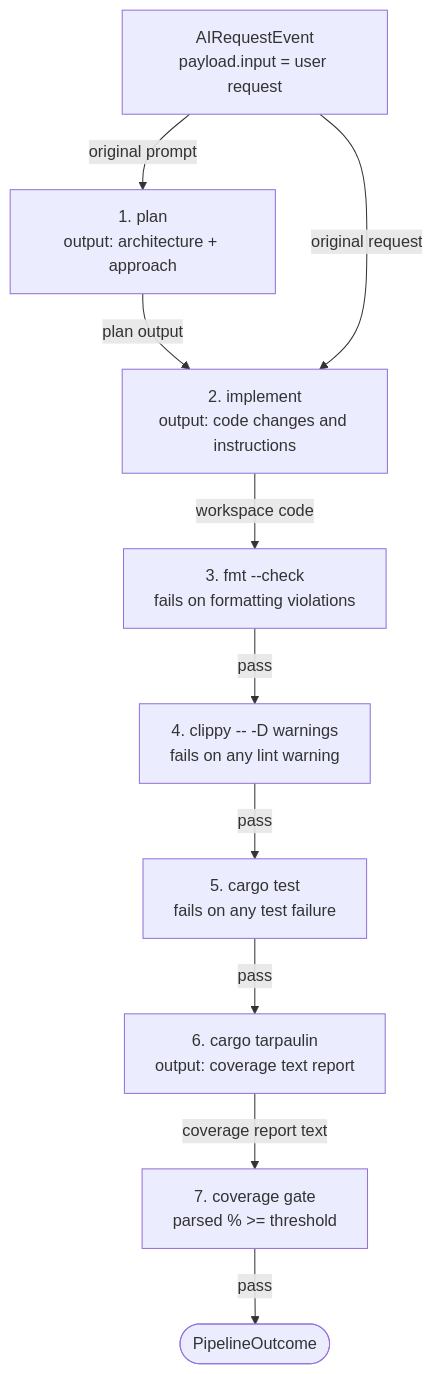
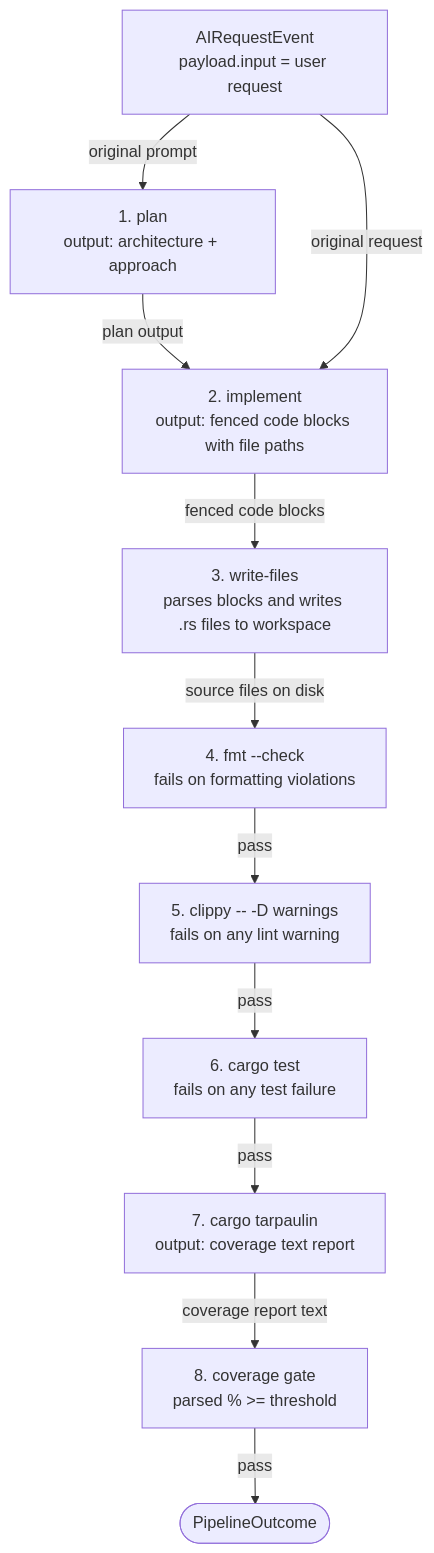
The second of 2 diagrams in docs/rust-pipeline.md (vansweej/ai-coding), drawn with Mermaid before and after one commit. The commit also changed other lines of this file and 11 other files, not shown here.

````diff
--- a/docs/rust-pipeline.md
+++ b/docs/rust-pipeline.md
@@ -46,28 +48,31 @@
 ```mermaid
 flowchart TD
     Event["AIRequestEvent\npayload.input = user request"]
 
     Event -->|"original prompt"| Plan
     Plan["1. plan\noutput: architecture + approach"]
 
     Plan -->|"plan output"| Impl
     Event -->|"original request"| Impl
-    Impl["2. implement\noutput: code changes and instructions"]
+    Impl["2. implement\noutput: fenced code blocks with file paths"]
 
-    Impl -->|"workspace code"| Fmt
-    Fmt["3. fmt --check\nfails on formatting violations"]
+    Impl -->|"fenced code blocks"| Write
+    Write["3. write-files\nparses blocks and writes .rs files to workspace"]
+
+    Write -->|"source files on disk"| Fmt
+    Fmt["4. fmt --check\nfails on formatting violations"]
 
     Fmt -->|"pass"| Clippy
-    Clippy["4. clippy -- -D warnings\nfails on any lint warning"]
+    Clippy["5. clippy -- -D warnings\nfails on any lint warning"]
 
     Clippy -->|"pass"| Test
-    Test["5. cargo test\nfails on any test failure"]
+    Test["6. cargo test\nfails on any test failure"]
 
     Test -->|"pass"| Tarp
-    Tarp["6. cargo tarpaulin\noutput: coverage text report"]
+    Tarp["7. cargo tarpaulin\noutput: coverage text report"]
 
     Tarp -->|"coverage report text"| Cov
-    Cov["7. coverage gate\nparsed %  >= threshold"]
+    Cov["8. coverage gate\nparsed % >= threshold"]
 
     Cov -->|"pass"| Done(["PipelineOutcome"])
 ```
````
